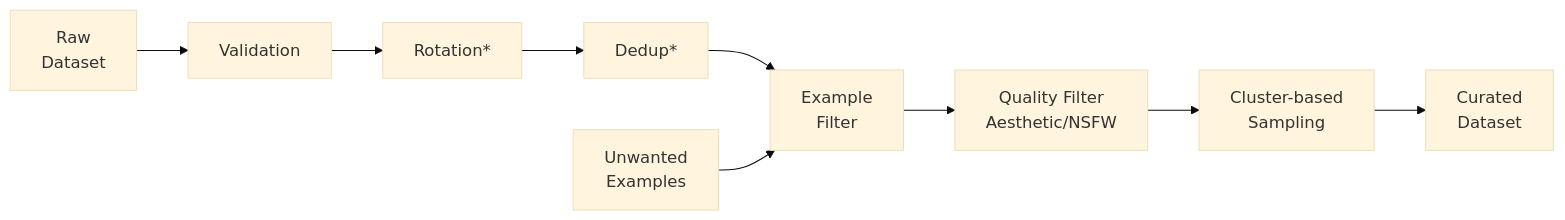
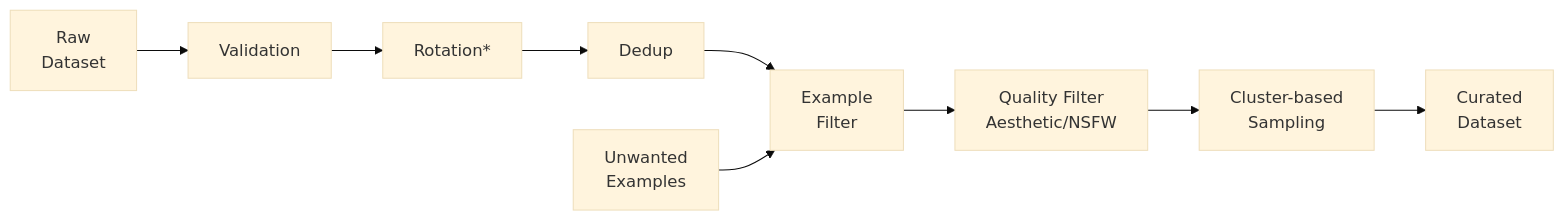
Before and after one commit to birder-project/vision-data-curation: the diagram in README.md, drawn with Mermaid (base theme). The commit also changed other lines of this file and 17 other files, not shown here.

````diff
--- a/README.md
+++ b/README.md
@@ -31,12 +31,12 @@
 ```mermaid
 flowchart LR
     A[Raw<br/>Dataset] --> V[Validation]
     V --> R[Rotation*]
-    R --> D[Dedup*]
+    R --> D[Dedup]
     D --> E[Example<br/>Filter]
     E --> Q[Quality Filter<br/>Aesthetic/NSFW]
     Q --> S[Cluster-based<br/>Sampling]
     S --> F[Curated<br/>Dataset]
 
     U[Unwanted<br/>Examples] --> E
 ```
````
